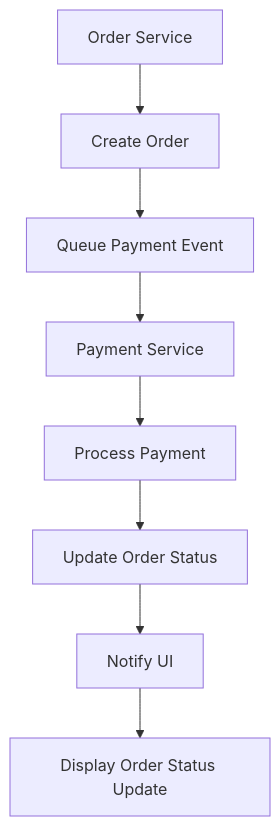
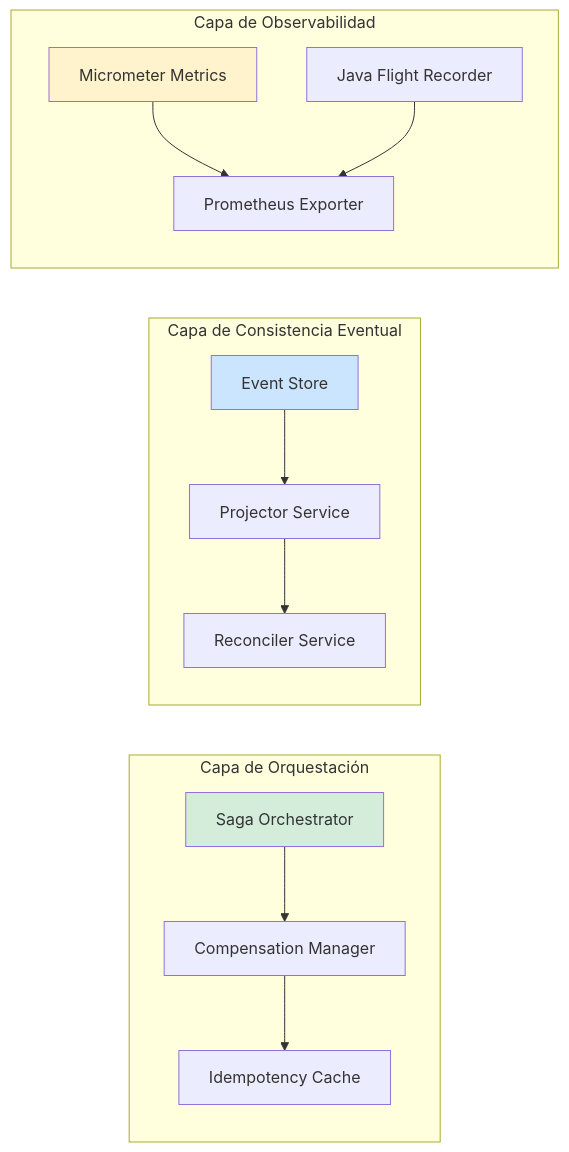
One commit to Joaquinriosheredia/DAM-Java-Mastery changed the second of 5 diagrams in _Review/transacciones_distribuidas_mas_alla_de_saga/transacciones_distribuidas_mas_alla_de_saga.md. Above: the diagram before and after it, drawn with Mermaid. The commit also changed other lines of this file, not shown here.

Commit message:
transacciones_distribuidas_mas_alla_de_saga.md

````diff
--- a/_Review/transacciones_distribuidas_mas_alla_de_saga/transacciones_distribuidas_mas_alla_de_saga.md
+++ b/_Review/transacciones_distribuidas_mas_alla_de_saga/transacciones_distribuidas_mas_alla_de_saga.md
@@ -911,10 +144,31 @@
 ```mermaid
-graph TD
-A[Order Service] --> B[Create Order]
-B --> C[Queue Payment Event]
-C --> D[Payment Service]
-D --> E[Process Payment]
-E --> F[Update Order Status]
-F --> G[Notify UI]
-G --> H[Display Order Status Update]
+graph LR
+    subgraph "Capa de Orquestación"
+        ORCH[Saga Orchestrator]
+        COMP[Compensation Manager]
+        IDEM[Idempotency Cache]
+    end
+    
+    subgraph "Capa de Consistencia Eventual"
+        EVT[Event Store]
+        PROJ[Projector Service]
+        RECON[Reconciler Service]
+    end
+    
+    subgraph "Capa de Observabilidad"
+        MET[Micrometer Metrics]
+        JFR[Java Flight Recorder]
+        PROM[Prometheus Exporter]
+    end
+    
+    ORCH --> COMP
+    COMP --> IDEM
+    EVT --> PROJ
+    PROJ --> RECON
+    MET --> PROM
+    JFR --> PROM
+    
+    style ORCH fill:#d4edda
+    style EVT fill:#cce5ff
+    style MET fill:#fff3cd
 ```
````
